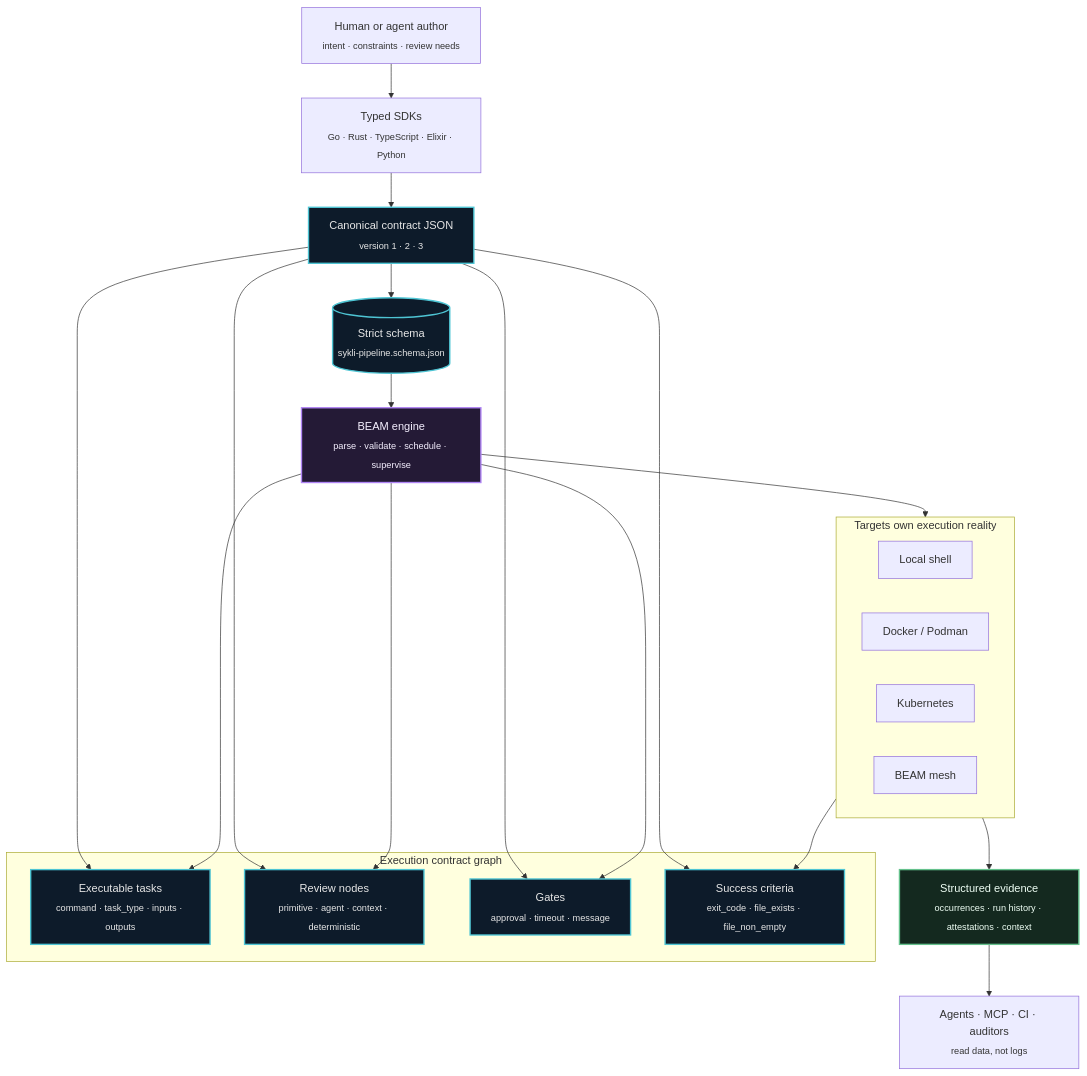
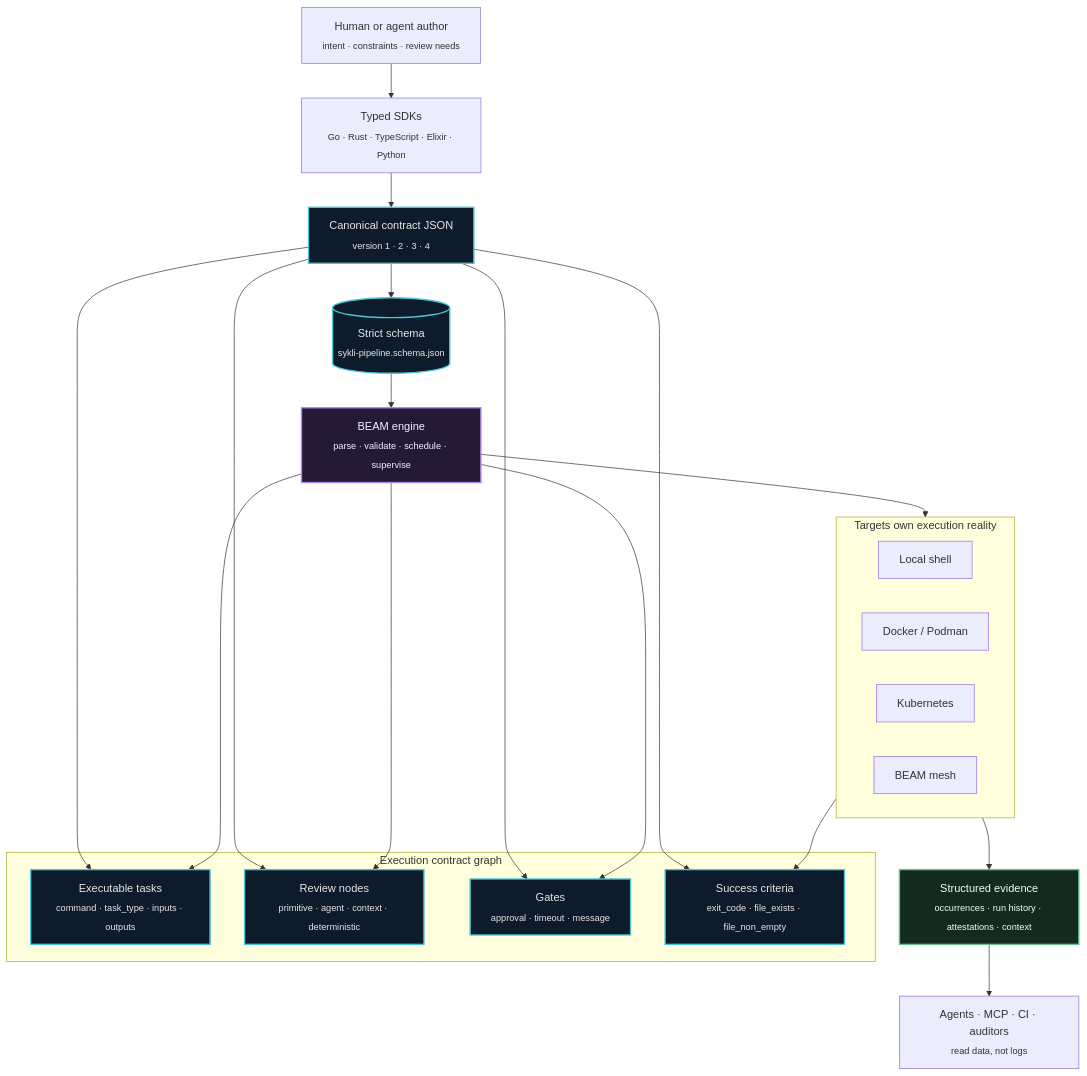
The diagram in README.md (false-systems/sykli), drawn with Mermaid before and after one commit. The commit also changed other lines of this file and 60 other files, not shown here.

````diff
--- a/README.md
+++ b/README.md
@@ -125,47 +125,47 @@
 ```mermaid
 flowchart TB
     Human["Human or agent author<br/><sub>intent · constraints · review needs</sub>"]
     SDK["Typed SDKs<br/><sub>Go · Rust · TypeScript · Elixir · Python</sub>"]
-    Contract["Canonical contract JSON<br/><sub>version 1 · 2 · 3</sub>"]
+    Contract["Canonical contract JSON<br/><sub>version 1 · 2 · 3 · 4</sub>"]
     Schema[("Strict schema<br/><sub>sykli-pipeline.schema.json</sub>")]
     Engine["BEAM engine<br/><sub>parse · validate · schedule · supervise</sub>"]
 
     subgraph Graph["Execution contract graph"]
         Tasks["Executable tasks<br/><sub>command · task_type · inputs · outputs</sub>"]
         Reviews["Review nodes<br/><sub>primitive · agent · context · deterministic</sub>"]
         Gates["Gates<br/><sub>approval · timeout · message</sub>"]
         Criteria["Success criteria<br/><sub>exit_code · file_exists · file_non_empty</sub>"]
     end
 
     subgraph Targets["Targets own execution reality"]
         Local["Local shell"]
         Containers["Docker / Podman"]
         K8s["Kubernetes"]
         Mesh["BEAM mesh"]
     end
 
     Evidence["Structured evidence<br/><sub>occurrences · run history · attestations · context</sub>"]
     Tools["Agents · MCP · CI · auditors<br/><sub>read data, not logs</sub>"]
 
     Human --> SDK --> Contract
     Contract --> Schema
     Schema --> Engine
     Contract --> Tasks
     Contract --> Reviews
     Contract --> Gates
     Contract --> Criteria
     Engine --> Tasks
     Engine --> Reviews
     Engine --> Gates
     Engine --> Targets
     Targets --> Criteria
     Targets --> Evidence
     Evidence --> Tools
 
     classDef contract fill:#0d1b2a,stroke:#4ec5d4,color:#e6e6e6,stroke-width:2px;
     classDef engine fill:#241a36,stroke:#b085f5,color:#f5f0ff,stroke-width:2px;
     classDef evidence fill:#14291f,stroke:#65c18c,color:#effff5,stroke-width:2px;
     class Contract,Schema,Tasks,Reviews,Gates,Criteria contract;
     class Engine engine;
     class Evidence evidence;
 ```
````
